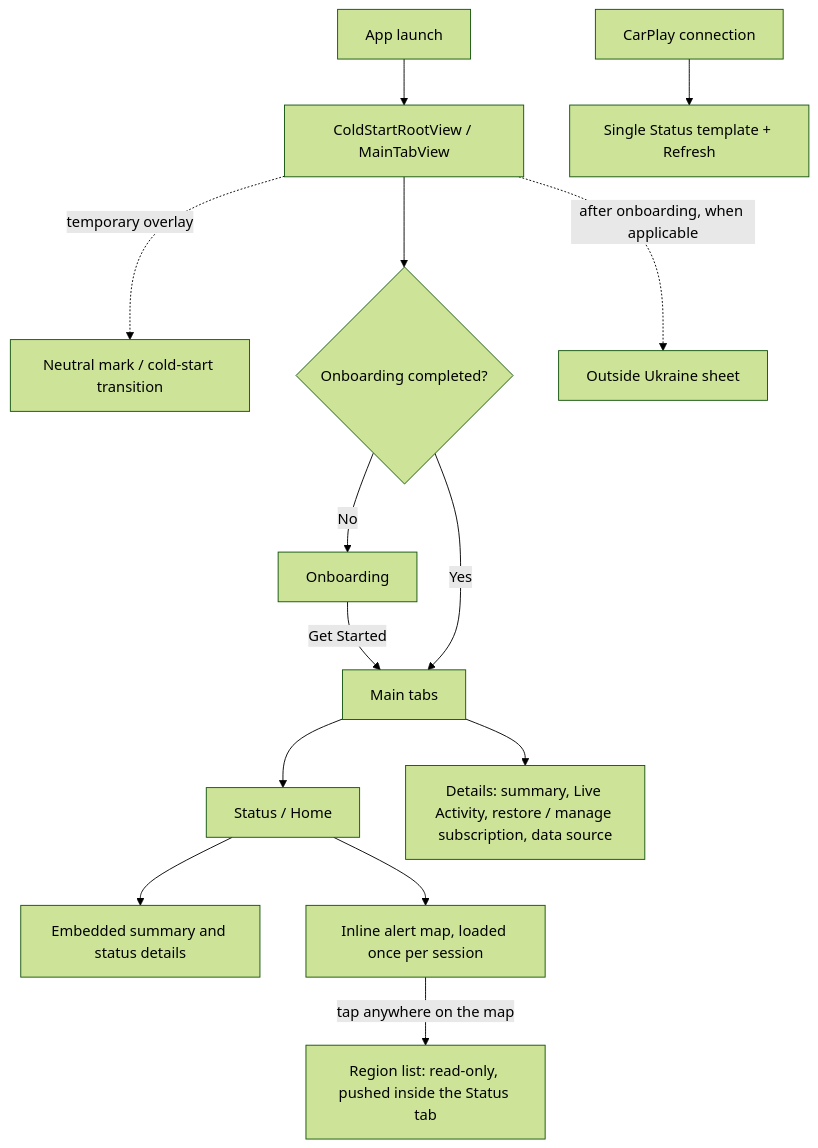
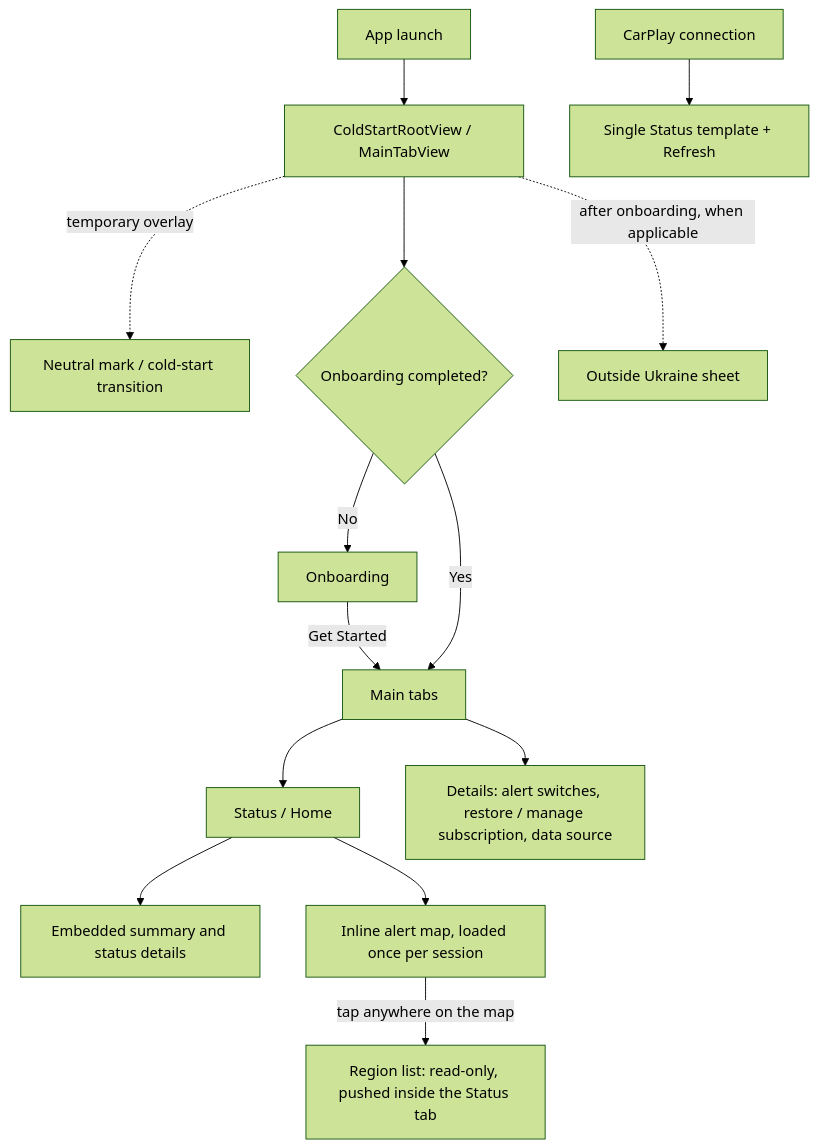
Before and after one commit to vil4max/regional-check: the second of 3 diagrams in docs/engineering/project-map.md, drawn with Mermaid (forest theme). The commit also changed other lines of this file and 18 other files, not shown here.

First line of the commit message:
feat(details): group Details into Alerts and About and drop the summary card (#27)

````diff
--- a/docs/engineering/project-map.md
+++ b/docs/engineering/project-map.md
@@ -43,16 +43,16 @@
 ```mermaid
 flowchart TD
     Launch[App launch] --> Root[ColdStartRootView / MainTabView]
     Root -. temporary overlay .-> Cold[Neutral mark / cold-start transition]
     Root --> First{Onboarding completed?}
     First -->|No| Onboarding[Onboarding]
     Onboarding -->|Get Started| Tabs[Main tabs]
     First -->|Yes| Tabs
     Tabs --> Status[Status / Home]
     Status --> Summary[Embedded summary and status details]
     Status --> Map[Inline alert map, loaded once per session]
-    Tabs --> Details[Details: summary, Live Activity, restore / manage subscription, data source]
+    Tabs --> Details[Details: alert switches, restore / manage subscription, data source]
     Map -->|tap anywhere on the map| RegionList[Region list: read-only, pushed inside the Status tab]
     Root -. after onboarding, when applicable .-> Outside[Outside Ukraine sheet]
     Connect[CarPlay connection] --> CPStatus[Single Status template + Refresh]
 ```
````
